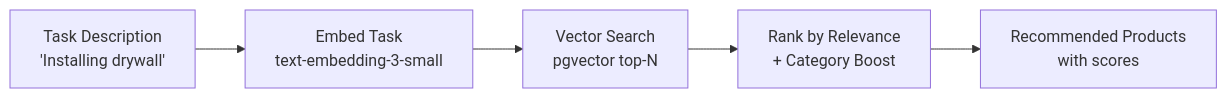
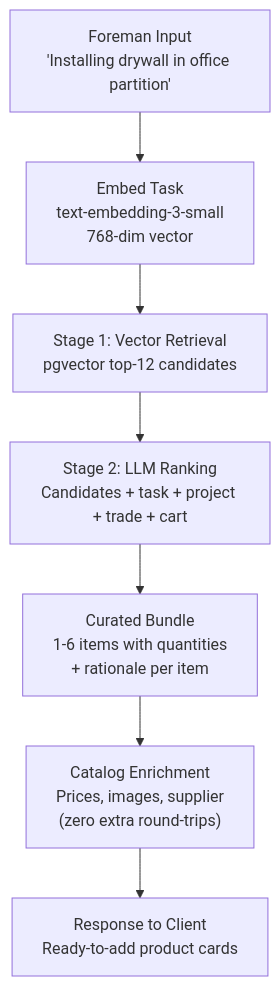
Before and after one commit to BlackSamuron0305/Comstruct-Challenge-Think-Codex-Hackathon: the fifth of 13 diagrams in docs/ai-workflows.md, drawn with Mermaid. The commit also changed other lines of this file, not shown here.

````diff
--- a/docs/ai-workflows.md
+++ b/docs/ai-workflows.md
@@ -193,8 +225,10 @@
 ```mermaid
-flowchart LR
-    TASK["Task Description<br/>'Installing drywall'"]
-    TASK --> EMBED[Embed Task<br/>text-embedding-3-small]
-    EMBED --> VECTOR[Vector Search<br/>pgvector top-N]
-    VECTOR --> RANK[Rank by Relevance<br/>+ Category Boost]
-    RANK --> RESPONSE["Recommended Products<br/>with scores"]
+flowchart TD
+    TASK["Foreman Input<br/>'Installing drywall in office partition'"]
+    TASK --> EMBED["Embed Task<br/>text-embedding-3-small<br/>768-dim vector"]
+    EMBED --> VECTOR["Stage 1: Vector Retrieval<br/>pgvector top-12 candidates"]
+    VECTOR --> LLM["Stage 2: LLM Ranking<br/>Candidates + task + project + trade + cart"]
+    LLM --> BUNDLE["Curated Bundle<br/>1-6 items with quantities<br/>+ rationale per item"]
+    BUNDLE --> ENRICH["Catalog Enrichment<br/>Prices, images, supplier<br/>(zero extra round-trips)"]
+    ENRICH --> RESPONSE["Response to Client<br/>Ready-to-add product cards"]
 ```
````
